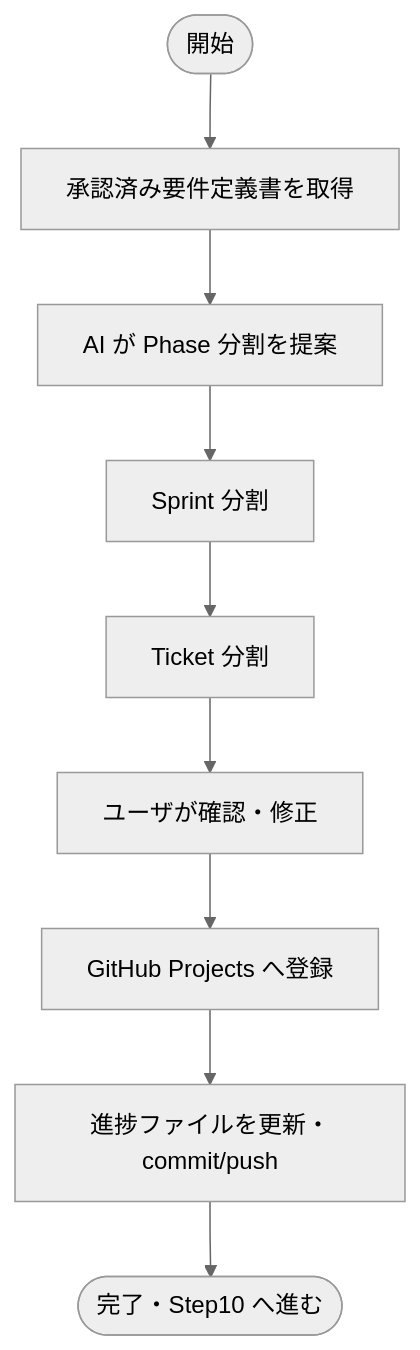
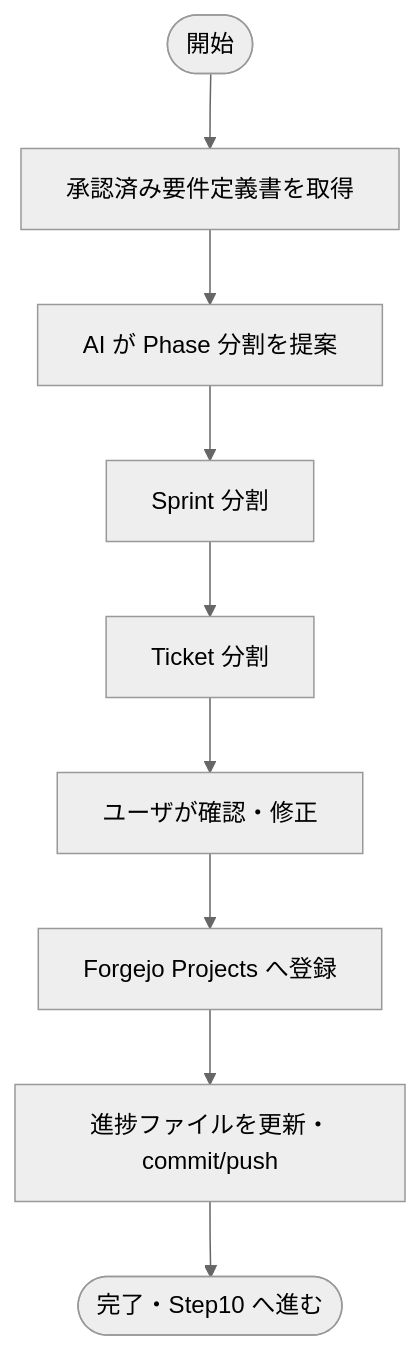
Before and after one commit to BossApe/lo-vibe: diagram 12 of 17 in _document/002.要件定義フェーズ/001.要件定義/001-01.機能要件定義書.md, drawn with Mermaid (neutral theme). The commit also changed other lines of this file and 38 other files, not shown here.

````diff
--- a/_document/002.要件定義フェーズ/001.要件定義/001-01.機能要件定義書.md
+++ b/_document/002.要件定義フェーズ/001.要件定義/001-01.機能要件定義書.md
@@ -483,11 +483,11 @@
 ```mermaid
 flowchart TD
     A([開始]) --> B[承認済み要件定義書を取得]
     B --> C[AI が Phase 分割を提案]
     C --> D[Sprint 分割]
     D --> E[Ticket 分割]
     E --> F[ユーザが確認・修正]
-    F --> G[GitHub Projects へ登録]
+    F --> G[Forgejo Projects へ登録]
     G --> H[進捗ファイルを更新・commit/push]
     H --> I([完了・Step10 へ進む])
 ```
````
